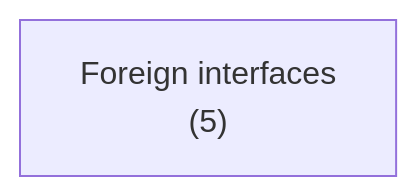
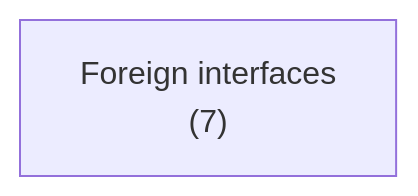
The first of 2 diagrams in docs/lib/ffi/win32/common/depends.md (ruudkoot/rune), drawn with Mermaid before and after one commit. The commit also changed other lines of this file and 43 other files, not shown here.

````diff
--- a/docs/lib/ffi/win32/common/depends.md
+++ b/docs/lib/ffi/win32/common/depends.md
@@ -24,4 +24,4 @@
 ```mermaid
 flowchart LR
-  a0["Foreign interfaces<br>(5)"]
+  a0["Foreign interfaces<br>(7)"]
 ```
````
